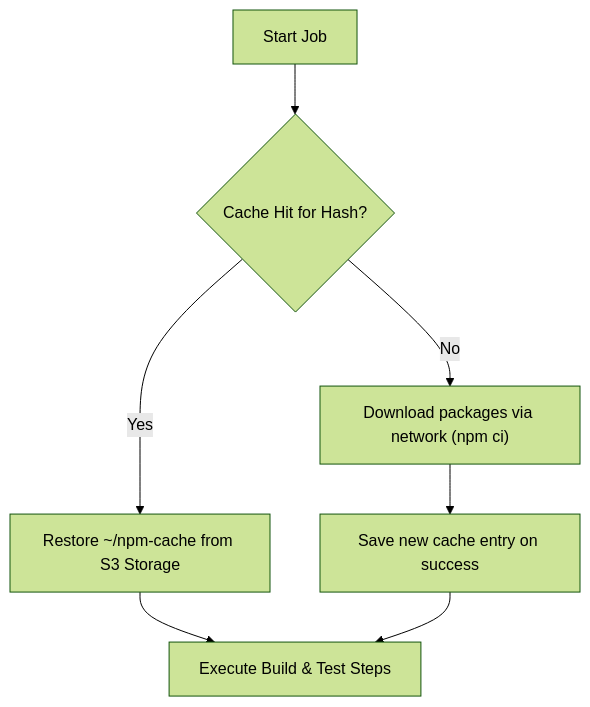
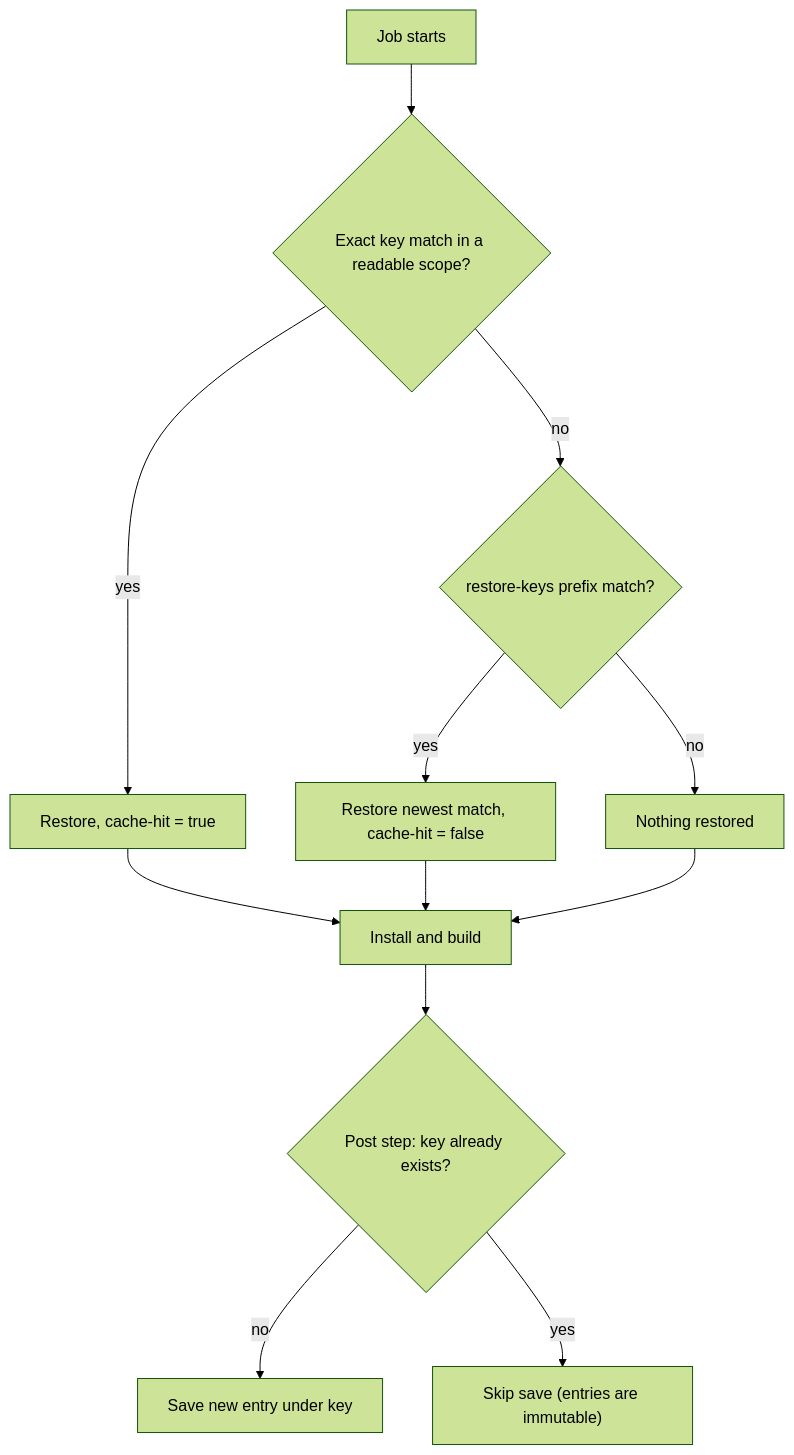
Diagram 18 of 27 in README.md (TheLearningHubOrg/learn-github-actions), drawn with Mermaid (forest theme) before and after one commit. The commit also changed other lines of this file and 39 other files, not shown here.

````diff
--- a/README.md
+++ b/README.md
@@ -376,9 +1595,14 @@
 ```mermaid
 flowchart TD
-    Start["Start Job"] --> CheckCache{"Cache Hit for Hash?"}
-    CheckCache -- Yes --> Restore["Restore ~/npm-cache from S3 Storage"]
-    CheckCache -- No --> Download["Download packages via network (npm ci)"]
-    Download --> SaveCache["Save new cache entry on success"]
-    Restore --> RunBuild["Execute Build & Test Steps"]
-    SaveCache --> RunBuild
+    Start["Job starts"] --> Exact{"Exact key match in a readable scope?"}
+    Exact -- yes --> Hit["Restore, cache-hit = true"]
+    Exact -- no --> Prefix{"restore-keys prefix match?"}
+    Prefix -- yes --> Partial["Restore newest match, cache-hit = false"]
+    Prefix -- no --> Miss["Nothing restored"]
+    Hit --> Build["Install and build"]
+    Partial --> Build
+    Miss --> Build
+    Build --> Post{"Post step: key already exists?"}
+    Post -- no --> Save["Save new entry under key"]
+    Post -- yes --> NoSave["Skip save (entries are immutable)"]
 ```
````
